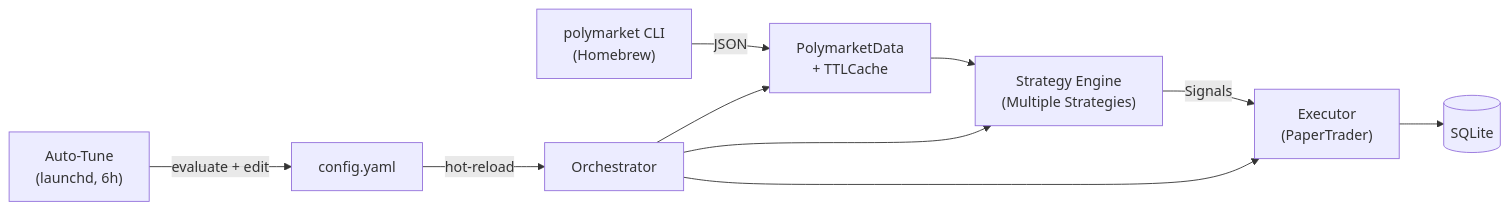
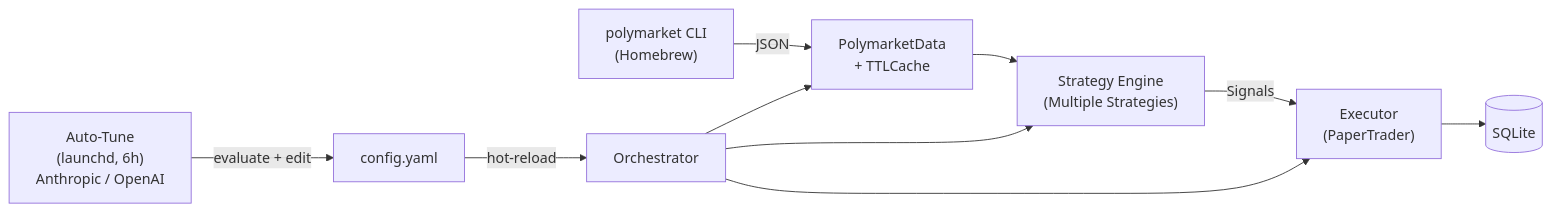
One commit to pharrellyhy/polymarket-agent changed the diagram in README.md. Above: the diagram before and after it, drawn with Mermaid. The commit also changed other lines of this file, not shown here.

Commit message:
docs: update README with OpenAI-compatible API support

````diff
--- a/README.md
+++ b/README.md
@@ -27,21 +27,21 @@
 ```mermaid
 flowchart LR
     CLI["polymarket CLI<br/>(Homebrew)"]
     Data["PolymarketData<br/>+ TTLCache"]
     Strat["Strategy Engine<br/>(Multiple Strategies)"]
     Exec["Executor<br/>(PaperTrader)"]
     DB[(SQLite)]
     Orch["Orchestrator"]
     Config["config.yaml"]
-    Tune["Auto-Tune<br/>(launchd, 6h)"]
+    Tune["Auto-Tune<br/>(launchd, 6h)<br/>Anthropic / OpenAI"]
 
     CLI -->|JSON| Data
     Orch --> Data
     Orch --> Strat
     Orch --> Exec
     Data --> Strat
     Strat -->|Signals| Exec
     Exec --> DB
     Config -->|hot-reload| Orch
     Tune -->|evaluate + edit| Config
 ```
````
